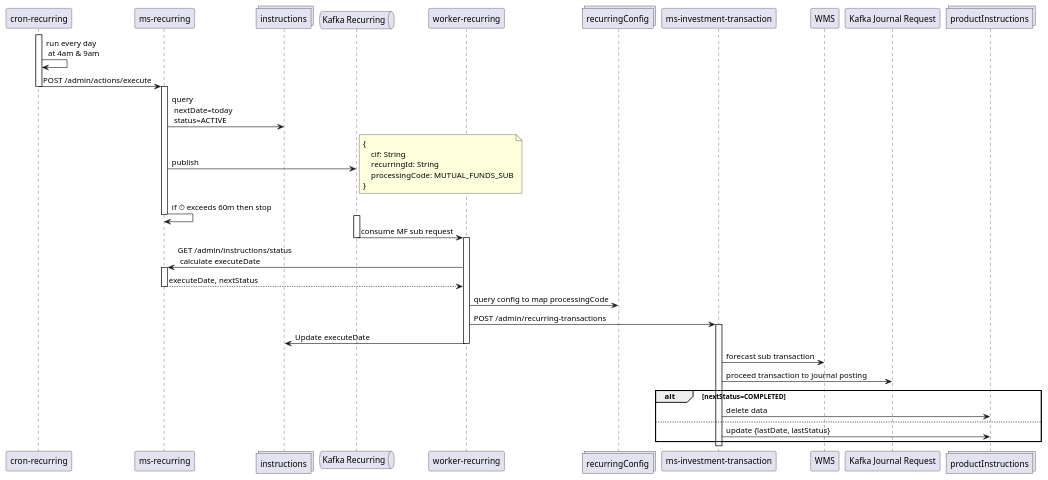
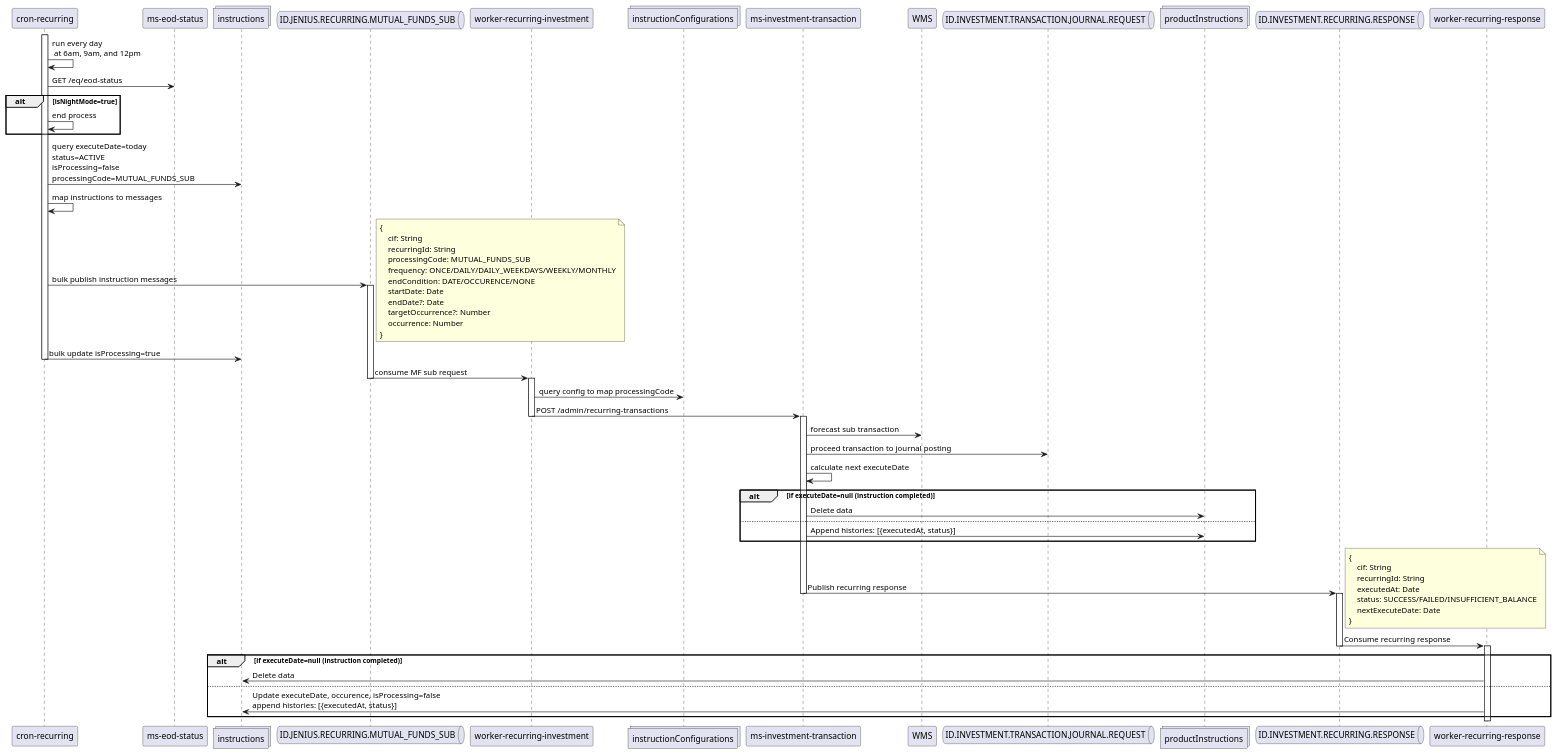
The diagram in cronRecurring.puml (iksena/jenius-uml), drawn with PlantUML before and after one commit. The commit also changed 4 other files, not shown here.

```diff
--- a/cronRecurring.puml
+++ b/cronRecurring.puml
@@ -1,52 +1,78 @@
 @startuml mutual funds cron recurring
 
 participant "cron-recurring" as cron
-participant "ms-recurring" as mr
-collections "instructions" as instructions
-queue "Kafka Recurring" as kafkaRec
-participant "worker-recurring" as wiRec
-collections "recurringConfig" as configs
+participant "ms-eod-status" as eod
+collections "instructions" as instr
+queue "ID.JENIUS.RECURRING.MUTUAL_FUNDS_SUB" as kafkaRec
+participant "worker-recurring-investment" as wri
+collections "instructionConfigurations" as configs
 participant "ms-investment-transaction" as mit
 participant "WMS" as wms
-participant "Kafka Journal Request" as kafkaJournal
+queue "ID.INVESTMENT.TRANSACTION.JOURNAL.REQUEST" as kafkaJournal
 collections "productInstructions" as recSubs
+queue "ID.INVESTMENT.RECURRING.RESPONSE" as kafkaRecRes
+participant "worker-recurring-response" as wrr
 
 activate cron
-cron -> cron: run every day\n at 4am & 9am
-cron -> mr: POST /admin/actions/execute
-deactivate cron
-activate mr
-mr -> instructions: query\n nextDate=today\n status=ACTIVE
-mr -> kafkaRec: publish
+cron -> cron: run every day\n at 6am, 9am, and 12pm
+cron -> eod: GET /eq/eod-status
+alt isNightMode=true
+cron -> cron: end process
+end
+cron -> instr: query executeDate=today\nstatus=ACTIVE\nisProcessing=false\nprocessingCode=MUTUAL_FUNDS_SUB
+cron -> cron: map instructions to messages
+cron -> kafkaRec: bulk publish instruction messages
 note right
 { 
     cif: String
     recurringId: String
     processingCode: MUTUAL_FUNDS_SUB
+    frequency: ONCE/DAILY/DAILY_WEEKDAYS/WEEKLY/MONTHLY
+    endCondition: DATE/OCCURENCE/NONE
+    startDate: Date
+    endDate?: Date
+    targetOccurrence?: Number
+    occurrence: Number
 }
 end note
-mr -> mr: if ⏱ exceeds 60m then stop
-deactivate mr
 activate kafkaRec
-kafkaRec -> wiRec: consume MF sub request
+cron -> instr: bulk update isProcessing=true
+deactivate cron
+kafkaRec -> wri: consume MF sub request
 deactivate kafkaRec
-activate wiRec
-wiRec -> mr: GET /admin/instructions/status\n calculate executeDate
-activate mr
-mr --> wiRec: executeDate, nextStatus
-deactivate mr
-wiRec -> configs: query config to map processingCode
-wiRec -> mit: POST /admin/recurring-transactions
+activate wri
+wri -> configs: query config to map processingCode
+wri -> mit: POST /admin/recurring-transactions
+deactivate wri
 activate mit
-wiRec -> instructions: Update executeDate
-deactivate wiRec
 mit -> wms: forecast sub transaction
 mit -> kafkaJournal: proceed transaction to journal posting
-alt nextStatus=COMPLETED
-mit -> recSubs: delete data
+mit -> mit: calculate next executeDate
+alt if executeDate=null (instruction completed)
+mit -> recSubs: Delete data
 else
-mit -> recSubs: update {lastDate, lastStatus}
+mit -> recSubs: Append histories: [{executedAt, status}]
 end
+mit -> kafkaRecRes: Publish recurring response
+note right 
+{
+    cif: String
+    recurringId: String
+    executedAt: Date
+    status: SUCCESS/FAILED/INSUFFICIENT_BALANCE
+    nextExecuteDate: Date
+}
+end note
 deactivate mit
+activate kafkaRecRes
+kafkaRecRes -> wrr: Consume recurring response
+deactivate kafkaRecRes
+activate wrr
+alt if executeDate=null (instruction completed)
+wrr -> instr: Delete data
+else
+wrr -> instr: Update executeDate, occurence, isProcessing=false\nappend histories: [{executedAt, status}]
+end
+deactivate wrr
 
 @enduml
```
